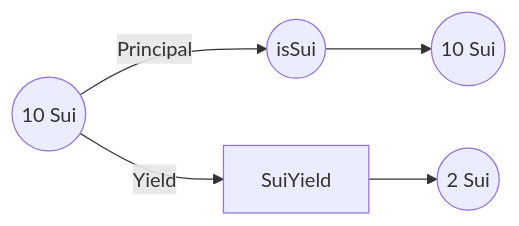
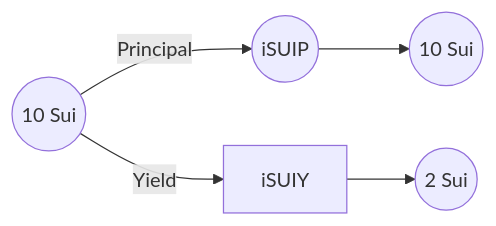
One commit to interest-protocol/interest-lst changed the second of 5 diagrams in README.md. Above: the diagram before and after it, drawn with Mermaid. The commit also changed other lines of this file, not shown here.

````diff
--- a/README.md
+++ b/README.md
@@ -45,7 +57,13 @@
 ```mermaid
+
 graph LR
-A((10 Sui)) -- Principal --> B((isSui))
-A -- Yield --> C[SuiYield]
+
+A((10 Sui)) -- Principal --> B((iSUIP))
+
+A -- Yield --> C[iSUIY]
+
 B --> D((10 Sui))
+
 C --> E((2 Sui))
+
 ```
````
